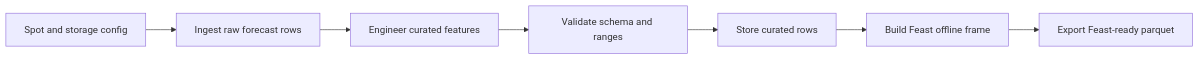
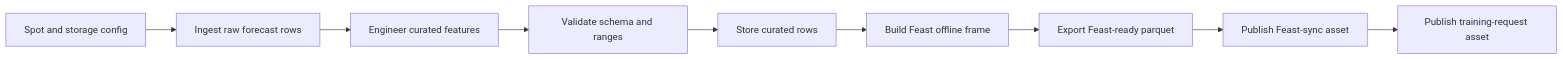
The first of 3 diagrams in docs/site/system/feature-pipeline.md (javihslu/foehncast), drawn with Mermaid before and after one commit. The commit also changed other lines of this file and 23 other files, not shown here.

Commit message:
feat(airflow): add asset-triggered local runtime flow

```diff
--- a/docs/site/system/feature-pipeline.md
+++ b/docs/site/system/feature-pipeline.md
@@ -15,9 +15,11 @@
 <div class="mermaid">
 flowchart LR
     CFG[Spot and storage config] --> ING[Ingest raw forecast rows]
     ING --> ENG[Engineer curated features]
     ENG --> VAL[Validate schema and ranges]
     VAL --> STO[Store curated rows]
     STO --> OFF[Build Feast offline frame]
     OFF --> EXP[Export Feast-ready parquet]
+    EXP --> FEAST[Publish Feast-sync asset]
+    FEAST --> REQ[Publish training-request asset]
 </div>
```
